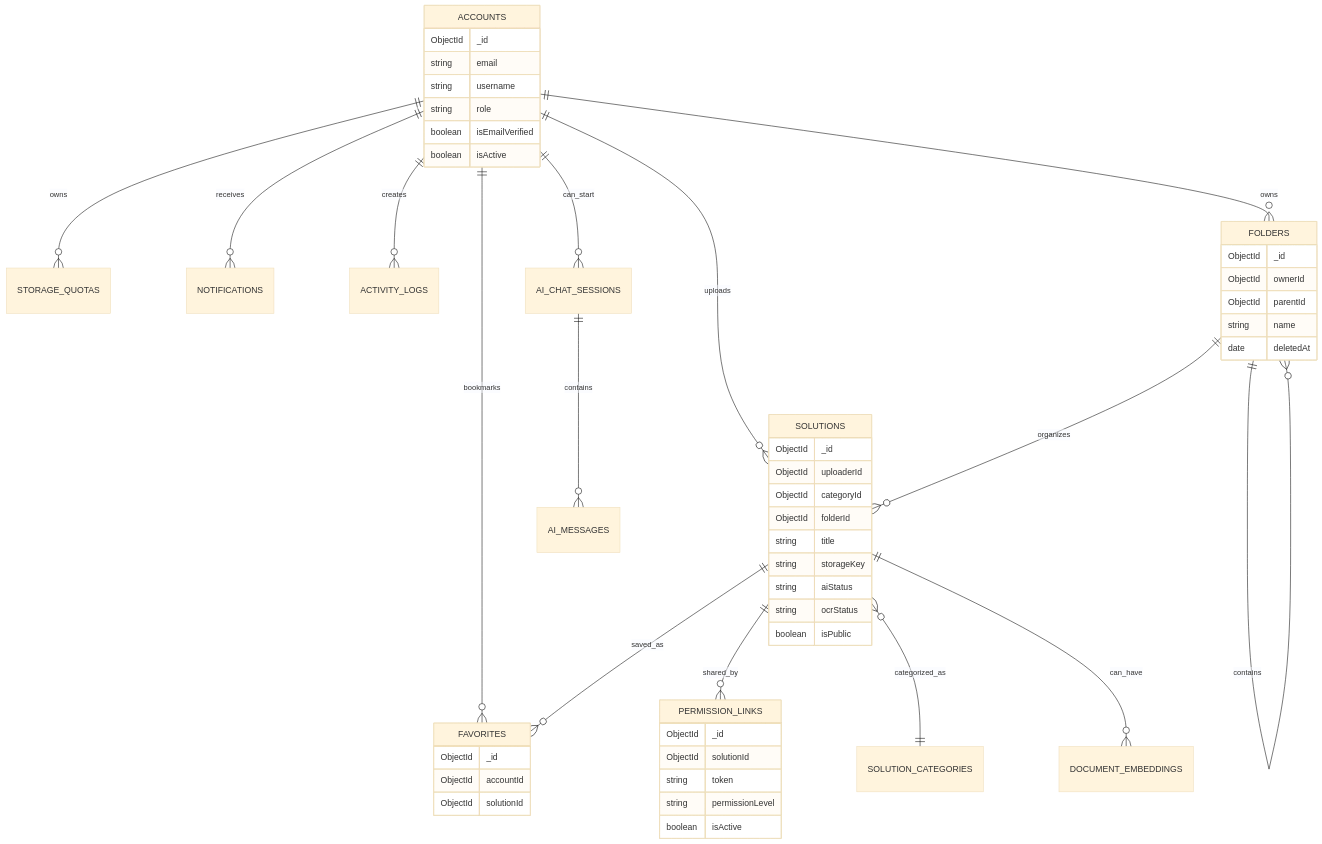
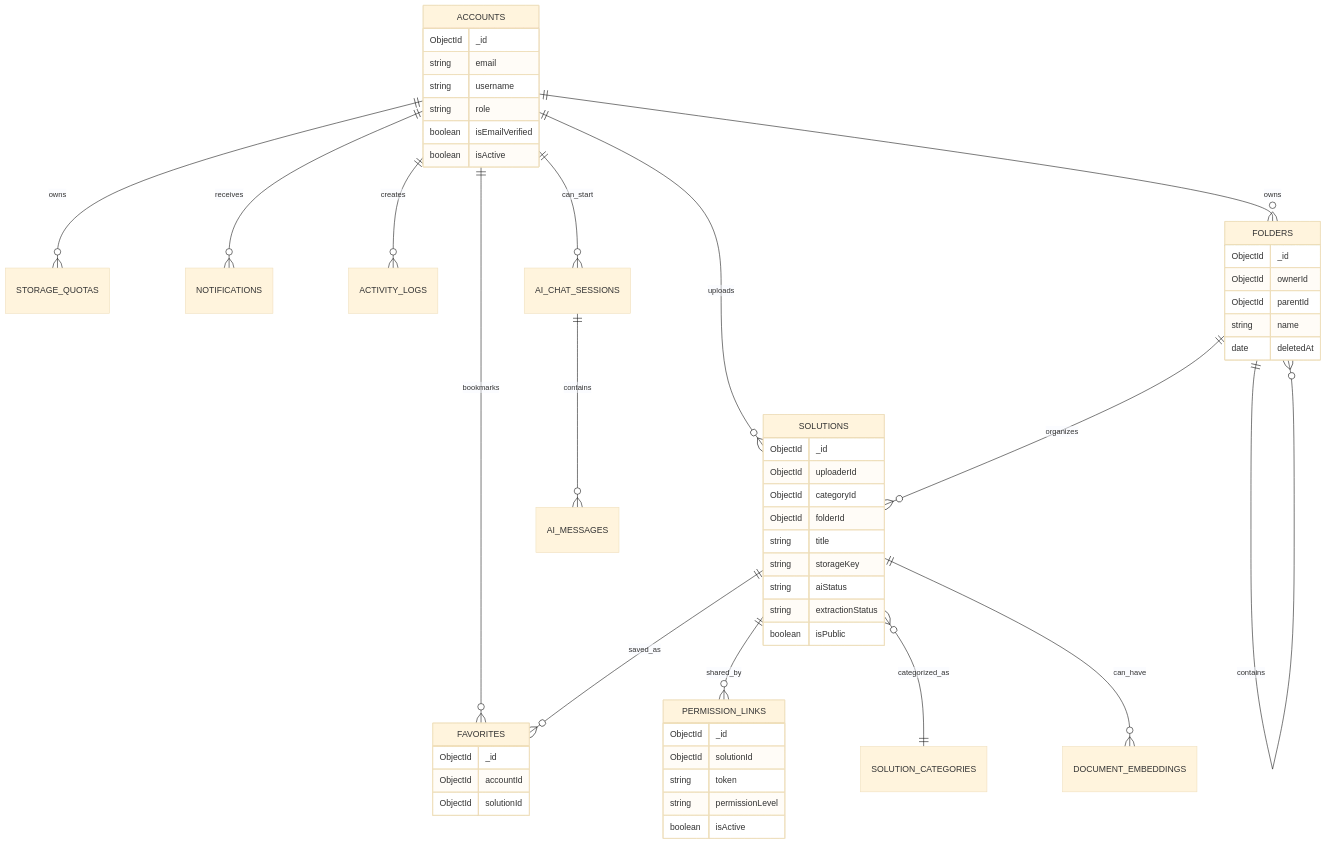
The fourth of 6 diagrams in docs/SystemArchitecture.md (Hiamoutgame/AI-Study-Hub), drawn with Mermaid (base theme) before and after one commit. The commit also changed other lines of this file and 58 other files, not shown here.

````diff
--- a/docs/SystemArchitecture.md
+++ b/docs/SystemArchitecture.md
@@ -213,56 +213,56 @@
 ```mermaid
 erDiagram
   ACCOUNTS ||--o{ STORAGE_QUOTAS : owns
   ACCOUNTS ||--o{ SOLUTIONS : uploads
   ACCOUNTS ||--o{ FAVORITES : bookmarks
   ACCOUNTS ||--o{ NOTIFICATIONS : receives
   ACCOUNTS ||--o{ ACTIVITY_LOGS : creates
   SOLUTIONS ||--o{ FAVORITES : saved_as
   SOLUTIONS ||--o{ PERMISSION_LINKS : shared_by
   SOLUTIONS }o--|| SOLUTION_CATEGORIES : categorized_as
   ACCOUNTS ||--o{ FOLDERS : owns
   FOLDERS ||--o{ FOLDERS : contains
   FOLDERS ||--o{ SOLUTIONS : organizes
   SOLUTIONS ||--o{ DOCUMENT_EMBEDDINGS : can_have
   ACCOUNTS ||--o{ AI_CHAT_SESSIONS : can_start
   AI_CHAT_SESSIONS ||--o{ AI_MESSAGES : contains
 
   ACCOUNTS {
     ObjectId _id
     string email
     string username
     string role
     boolean isEmailVerified
     boolean isActive
   }
   SOLUTIONS {
     ObjectId _id
     ObjectId uploaderId
     ObjectId categoryId
     ObjectId folderId
     string title
     string storageKey
     string aiStatus
-    string ocrStatus
+    string extractionStatus
     boolean isPublic
   }
   FOLDERS {
     ObjectId _id
     ObjectId ownerId
     ObjectId parentId
     string name
     date deletedAt
   }
   PERMISSION_LINKS {
     ObjectId _id
     ObjectId solutionId
     string token
     string permissionLevel
     boolean isActive
   }
   FAVORITES {
     ObjectId _id
     ObjectId accountId
     ObjectId solutionId
   }
 ```
````
